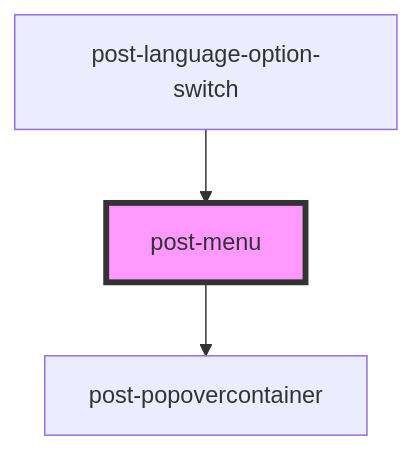
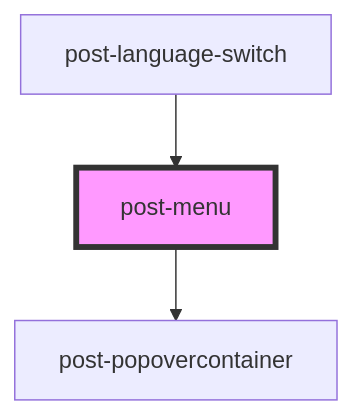
One commit to swisspost/design-system changed the diagram in packages/components/src/components/post-menu/readme.md. Above: the diagram before and after it, drawn with Mermaid. The commit also changed other lines of this file and 30 other files, not shown here.

Commit message:
rename post-language-switch to post-language-switch-2 and post-language-option-switch to post-language-switch

````diff
--- a/packages/components/src/components/post-menu/readme.md
+++ b/packages/components/src/components/post-menu/readme.md
@@ -78,6 +78,6 @@
 ```mermaid
 graph TD;
   post-menu --> post-popovercontainer
-  post-language-option-switch --> post-menu
+  post-language-switch --> post-menu
   style post-menu fill:#f9f,stroke:#333,stroke-width:4px
 ```
````
